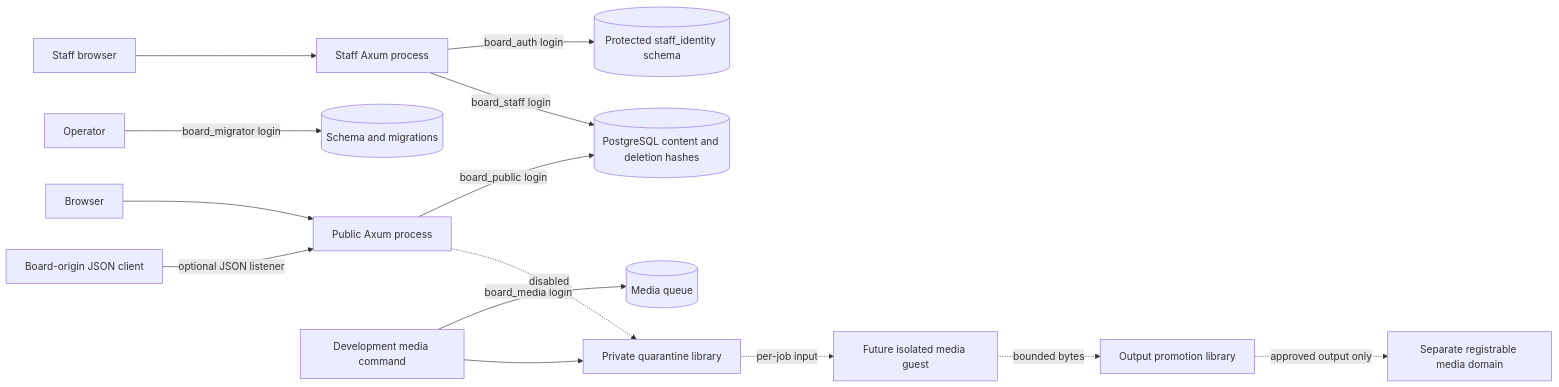
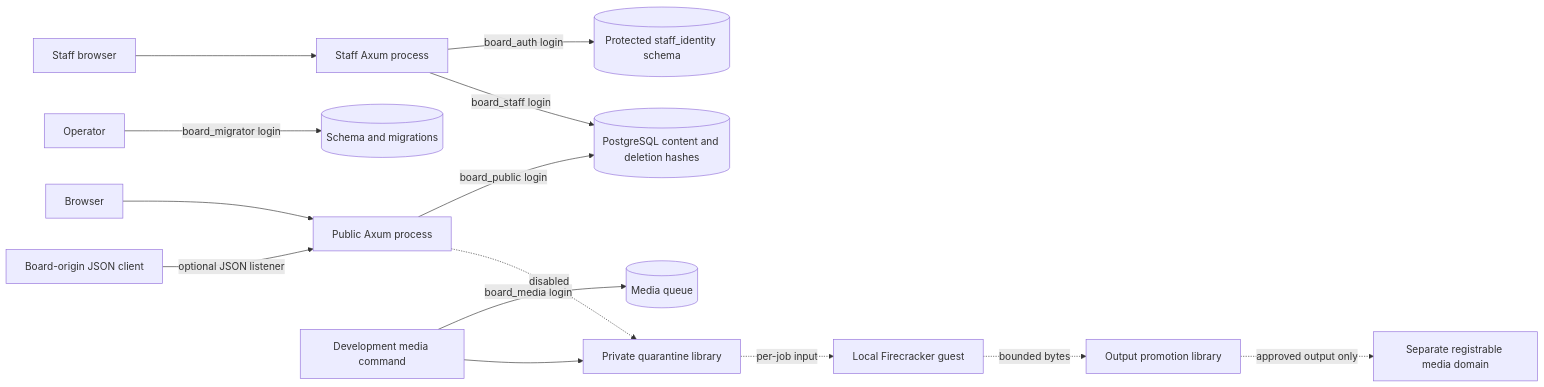
One commit to frankischilling/26chan changed the diagram in docs/architecture.md. Above: the diagram before and after it, drawn with Mermaid. The commit also changed other lines of this file and 11 other files, not shown here.

Commit message:
Record media boundary evidence and run guest qualification in CI

````diff
--- a/docs/architecture.md
+++ b/docs/architecture.md
@@ -5,16 +5,16 @@
 ```mermaid
 flowchart LR
   Browser --> Public[Public Axum process]
   APIClient[Board-origin JSON client] -->|optional JSON listener| Public
   Public -->|board_public login| Content[(PostgreSQL content and deletion hashes)]
   Operator -->|board_migrator login| DB[(Schema and migrations)]
   StaffBrowser[Staff browser] --> Staff[Staff Axum process]
   Staff -->|board_auth login| Identity[(Protected staff_identity schema)]
   Staff -->|board_staff login| Content
   Intake[Development media command] -->|board_media login| Queue[(Media queue)]
   Intake --> Quarantine[Private quarantine library]
   Public -. disabled .-> Quarantine
-  Quarantine -. per-job input .-> Worker[Future isolated media guest]
+  Quarantine -. per-job input .-> Worker[Local Firecracker guest]
   Worker -. bounded bytes .-> Promotion[Output promotion library]
   Promotion -. approved output only .-> Media[Separate registrable media domain]
 ```
````
